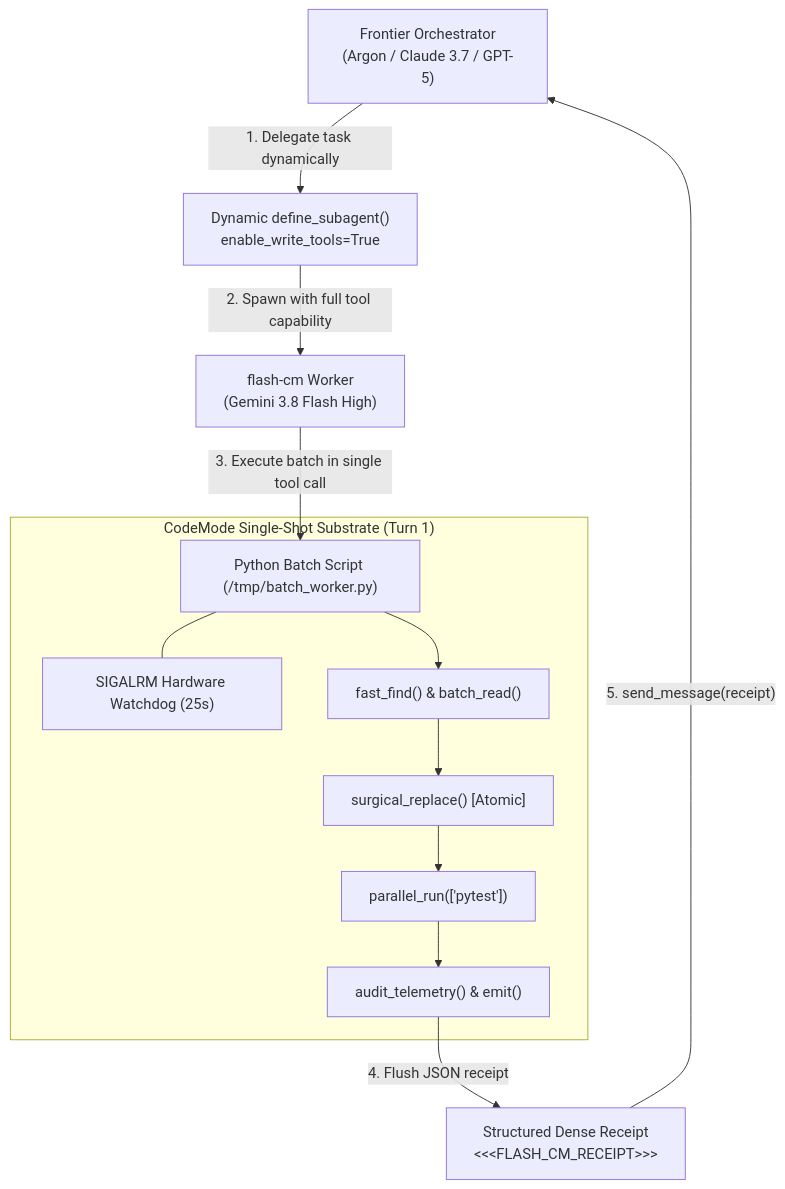
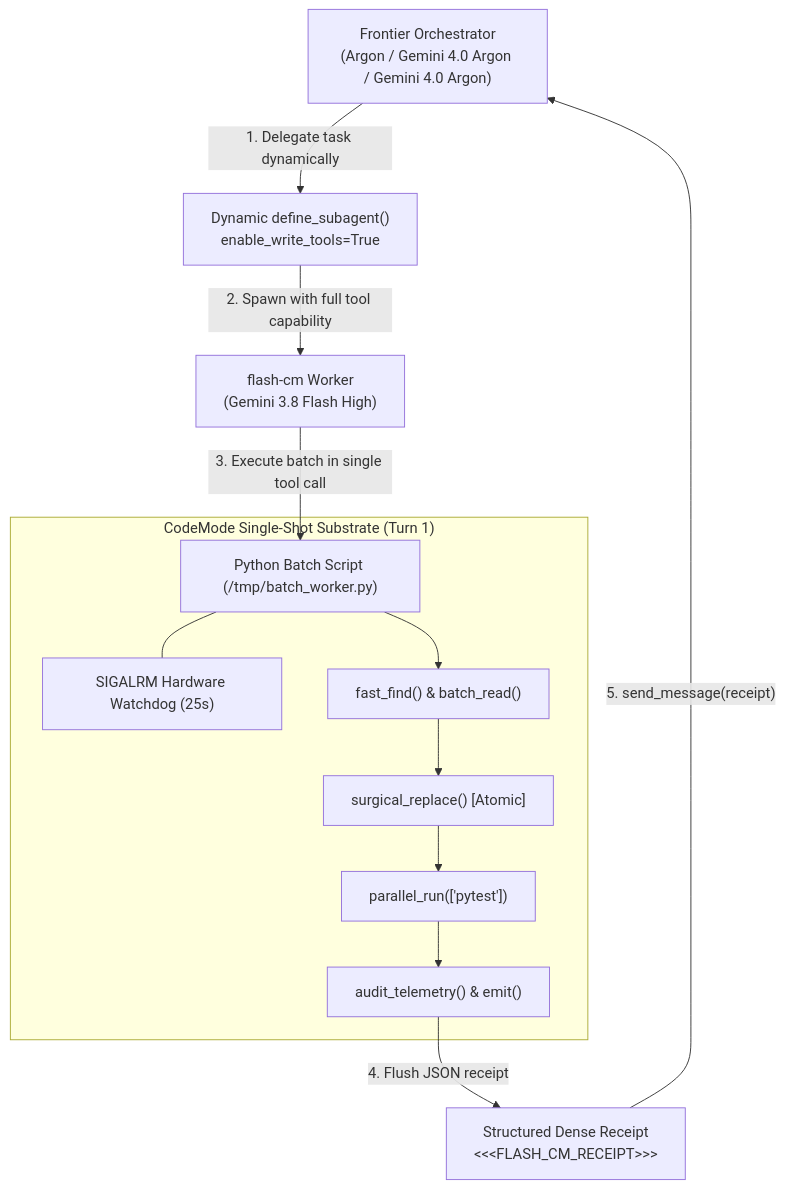
Before and after one commit to spartak8310/agy-flash-codemode: the diagram in README.md, drawn with Mermaid. The commit also changed other lines of this file and 1 other file, not shown here.

Commit message:
fix(models): enforce strict Gemini 4.0 Argon and Gemini 3.8 Flash naming

````diff
--- a/README.md
+++ b/README.md
@@ -22,28 +22,28 @@
 ```mermaid
 flowchart TD
-    Orchestrator["Frontier Orchestrator<br/>(Argon / Claude 3.7 / GPT-5)"]
+    Orchestrator["Frontier Orchestrator<br/>(Argon / Gemini 4.0 Argon / Gemini 4.0 Argon)"]
     DynamicSubagent["Dynamic define_subagent()<br/>enable_write_tools=True"]
     FlashWorker["flash-cm Worker<br/>(Gemini 3.8 Flash High)"]
     
     subgraph CodeModeEnv["CodeMode Single-Shot Substrate (Turn 1)"]
         BatchScript["Python Batch Script (/tmp/batch_worker.py)"]
         Watchdog["SIGALRM Hardware Watchdog (25s)"]
         FastFind["fast_find() & batch_read()"]
         SurgicalReplace["surgical_replace() [Atomic]"]
         ParallelTest["parallel_run(['pytest'])"]
         Telemetry["audit_telemetry() & emit()"]
     end
     
     Receipt["Structured Dense Receipt<br/>&lt;&lt;&lt;FLASH_CM_RECEIPT&gt;&gt;&gt;"]
     
     Orchestrator -->|"1. Delegate task dynamically"| DynamicSubagent
     DynamicSubagent -->|"2. Spawn with full tool capability"| FlashWorker
     FlashWorker -->|"3. Execute batch in single tool call"| BatchScript
     BatchScript --- Watchdog
     BatchScript --> FastFind
     FastFind --> SurgicalReplace
     SurgicalReplace --> ParallelTest
     ParallelTest --> Telemetry
     Telemetry -->|"4. Flush JSON receipt"| Receipt
     Receipt -->|"5. send_message(receipt)"| Orchestrator
 ```
````
